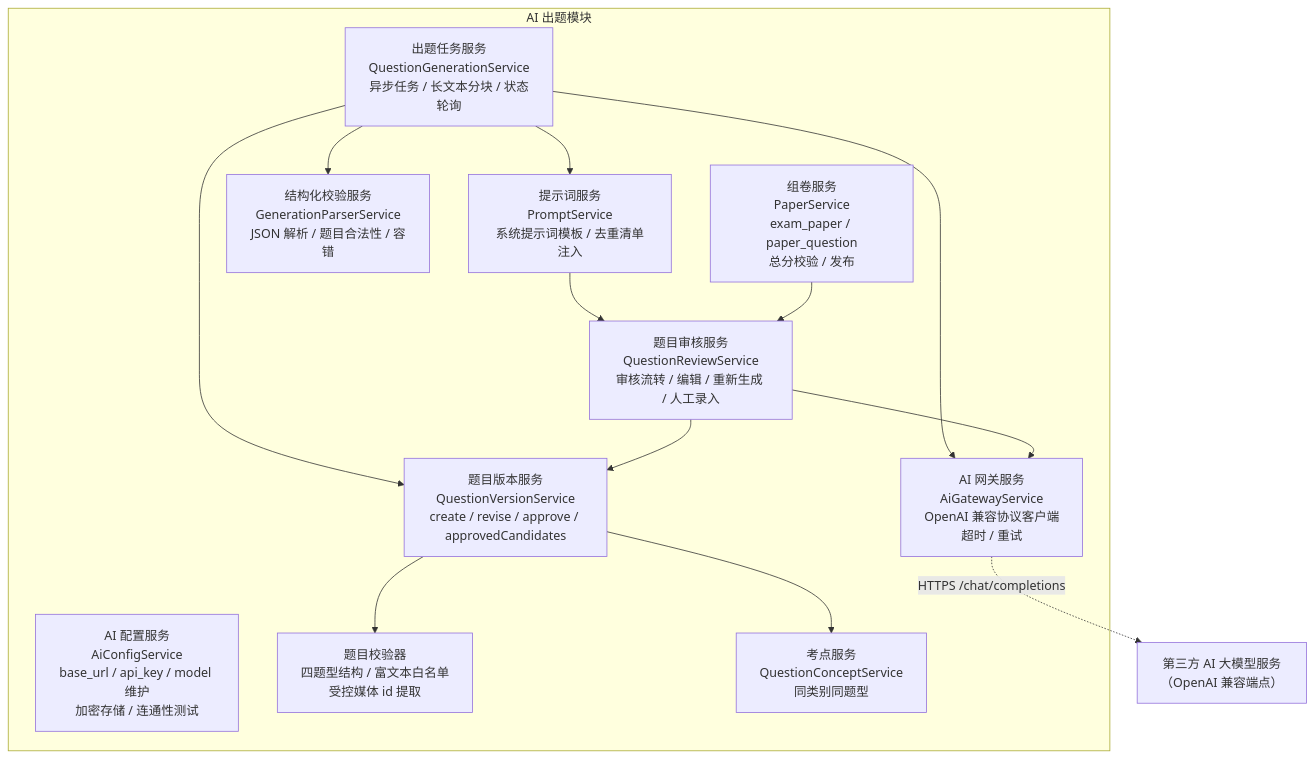
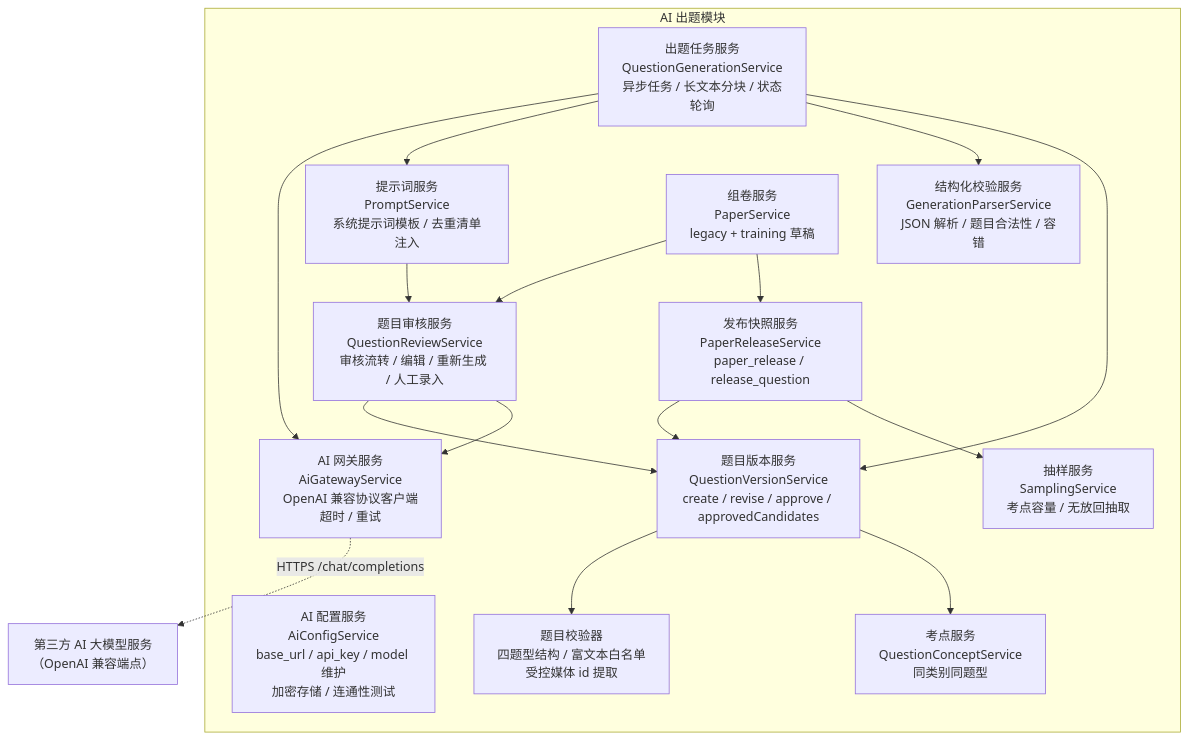
Before and after one commit to caoguanjie/emodor-exam: the tenth of 19 diagrams in docs/design/05-模块设计.md, drawn with Mermaid. The commit also changed other lines of this file and 31 other files, not shown here.

````diff
--- a/docs/design/05-模块设计.md
+++ b/docs/design/05-模块设计.md
@@ -534,26 +534,31 @@
 ```mermaid
 graph TB
     subgraph MOD3["AI 出题模块"]
         CFG["AI 配置服务<br/>AiConfigService<br/>base_url / api_key / model 维护<br/>加密存储 / 连通性测试"]
         GW["AI 网关服务<br/>AiGatewayService<br/>OpenAI 兼容协议客户端<br/>超时 / 重试"]
         TASK["出题任务服务<br/>QuestionGenerationService<br/>异步任务 / 长文本分块 / 状态轮询"]
         PROMPT["提示词服务<br/>PromptService<br/>系统提示词模板 / 去重清单注入"]
         PARSER["结构化校验服务<br/>GenerationParserService<br/>JSON 解析 / 题目合法性 / 容错"]
         VALIDATOR["题目校验器<br/>四题型结构 / 富文本白名单<br/>受控媒体 id 提取"]
         VERSION["题目版本服务<br/>QuestionVersionService<br/>create / revise / approve / approvedCandidates"]
         CONCEPT["考点服务<br/>QuestionConceptService<br/>同类别同题型"]
         REVIEW["题目审核服务<br/>QuestionReviewService<br/>审核流转 / 编辑 / 重新生成 / 人工录入"]
-        PAPER["组卷服务<br/>PaperService<br/>exam_paper / paper_question<br/>总分校验 / 发布"]
+        PAPER["组卷服务<br/>PaperService<br/>legacy + training 草稿"]
+        RELEASE["发布快照服务<br/>PaperReleaseService<br/>paper_release / release_question"]
+        SAMPLE["抽样服务<br/>SamplingService<br/>考点容量 / 无放回抽取"]
     end
     TASK --> GW
     TASK --> PROMPT
     TASK --> PARSER
     TASK --> VERSION
     VERSION --> VALIDATOR
     VERSION --> CONCEPT
     PROMPT --> REVIEW
     REVIEW --> VERSION
     REVIEW --> GW
     PAPER --> REVIEW
+    PAPER --> RELEASE
+    RELEASE --> VERSION
+    RELEASE --> SAMPLE
     GW -.->|"HTTPS /chat/completions"| EXT["第三方 AI 大模型服务<br/>（OpenAI 兼容端点）"]
 ```
````
